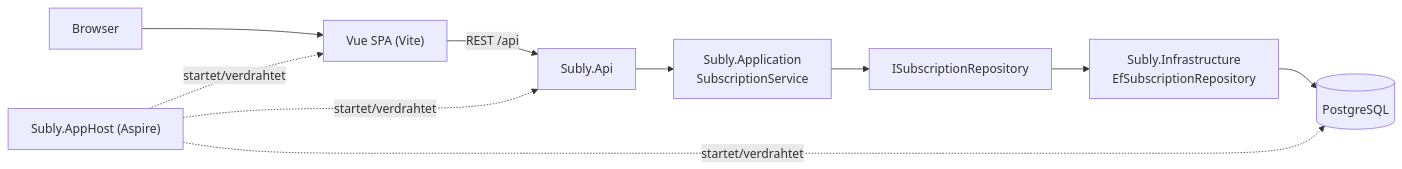
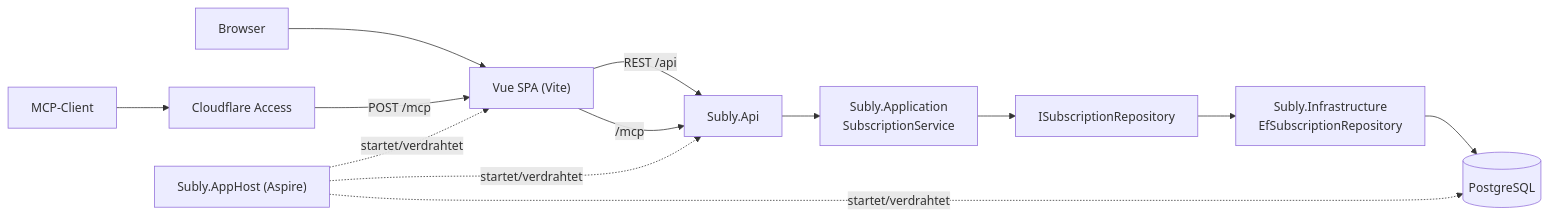
One commit to jfuerlinger/subly changed the first of 3 diagrams in Readme.md. Above: the diagram before and after it, drawn with Mermaid. The commit also changed other lines of this file and 13 other files, not shown here.

````diff
--- a/Readme.md
+++ b/Readme.md
@@ -18,12 +24,15 @@
 ```mermaid
 flowchart LR
     Browser[Browser] --> Frontend["Vue SPA (Vite)"]
     Frontend -->|REST /api| Api[Subly.Api]
+    Client[MCP-Client] --> Access[Cloudflare Access]
+    Access -->|POST /mcp| Frontend
+    Frontend -->|/mcp| Api
     Api --> Application["Subly.Application<br/>SubscriptionService"]
     Application --> Repository[ISubscriptionRepository]
     Repository --> Infrastructure["Subly.Infrastructure<br/>EfSubscriptionRepository"]
     Infrastructure --> Db[(PostgreSQL)]
     AppHost["Subly.AppHost (Aspire)"] -. startet/verdrahtet .-> Frontend
     AppHost -. startet/verdrahtet .-> Api
     AppHost -. startet/verdrahtet .-> Db
 ```
````
